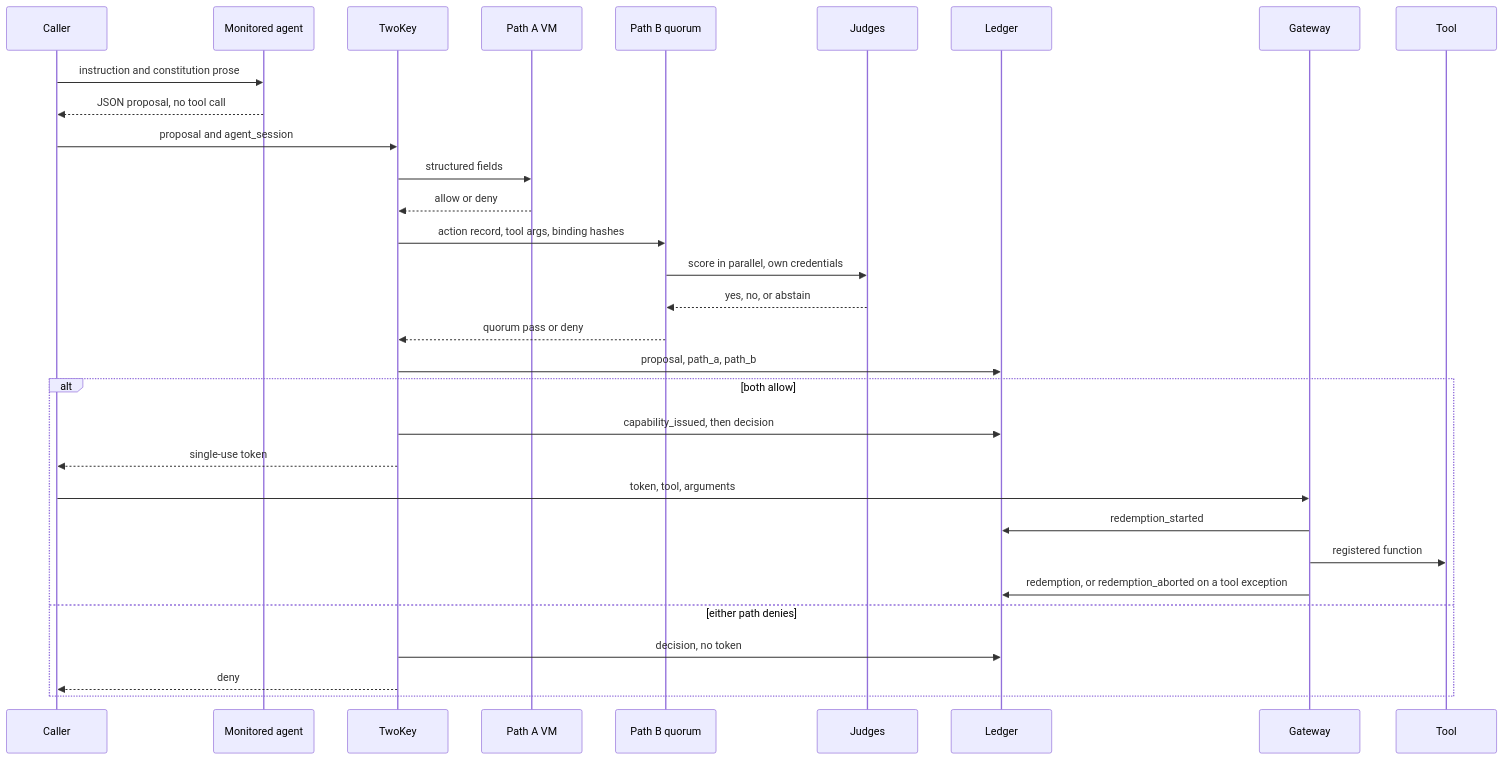
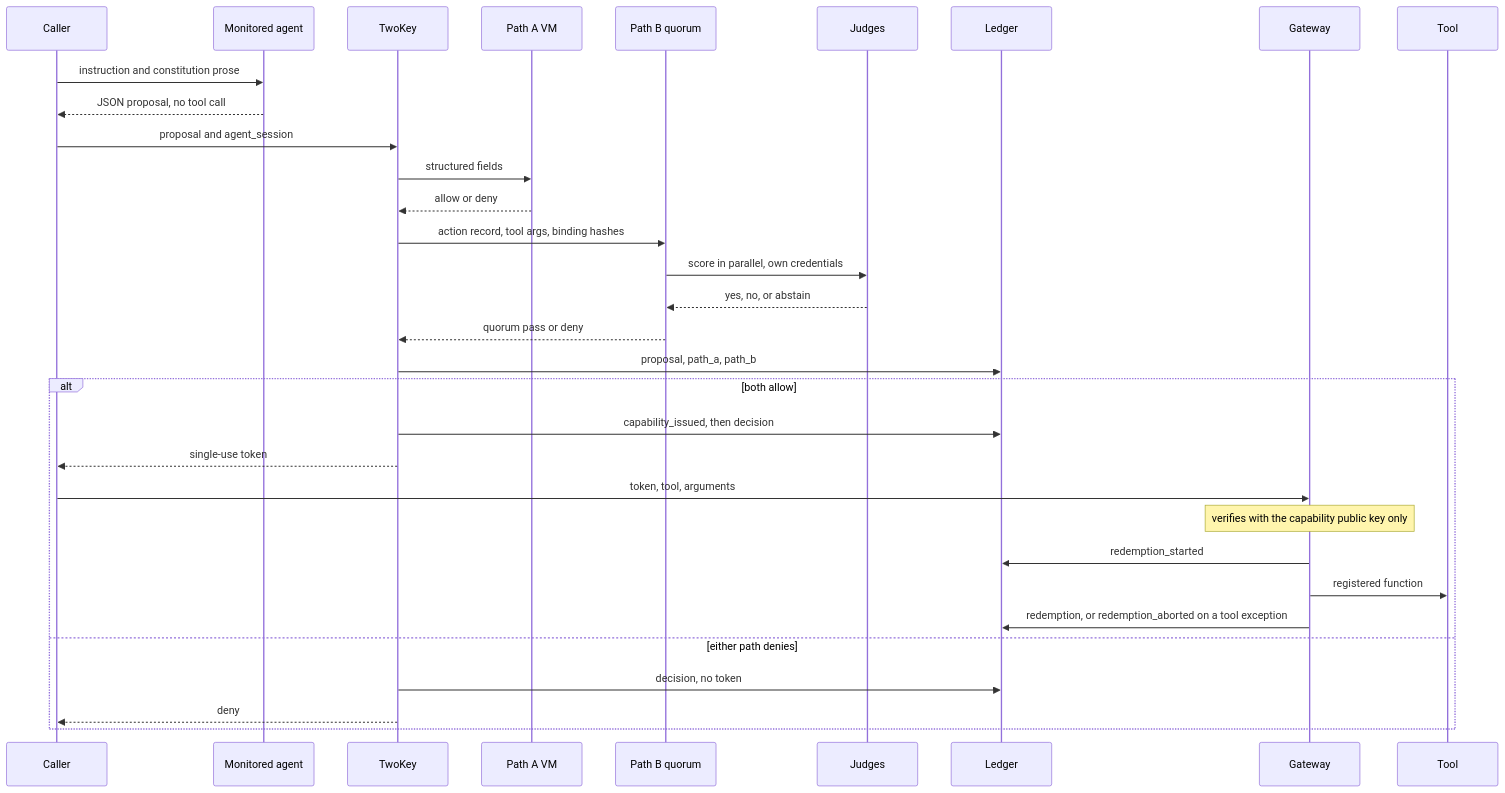
One commit to Insomniac-VibeLabs/two-key-concept changed the second of 2 diagrams in README.md. Above: the diagram before and after it, drawn with Mermaid. The commit also changed other lines of this file and 22 other files, not shown here.

````diff
--- a/README.md
+++ b/README.md
@@ -102,34 +107,35 @@
 ```mermaid
 sequenceDiagram
   participant Caller
   participant Agent as Monitored agent
   participant TwoKey
   participant PathA as Path A VM
   participant PathB as Path B quorum
   participant Judge as Judges
   participant Ledger
   participant Gateway
   participant Tool
 
   Caller->>Agent: instruction and constitution prose
   Agent-->>Caller: JSON proposal, no tool call
   Caller->>TwoKey: proposal and agent_session
   TwoKey->>PathA: structured fields
   PathA-->>TwoKey: allow or deny
   TwoKey->>PathB: action record, tool args, binding hashes
   PathB->>Judge: score in parallel, own credentials
   Judge-->>PathB: yes, no, or abstain
   PathB-->>TwoKey: quorum pass or deny
   TwoKey->>Ledger: proposal, path_a, path_b
   alt both allow
     TwoKey->>Ledger: capability_issued, then decision
     TwoKey-->>Caller: single-use token
     Caller->>Gateway: token, tool, arguments
+    Note over Gateway: verifies with the capability public key only
     Gateway->>Ledger: redemption_started
     Gateway->>Tool: registered function
     Gateway->>Ledger: redemption, or redemption_aborted on a tool exception
   else either path denies
     TwoKey->>Ledger: decision, no token
     TwoKey-->>Caller: deny
   end
 ```
````
